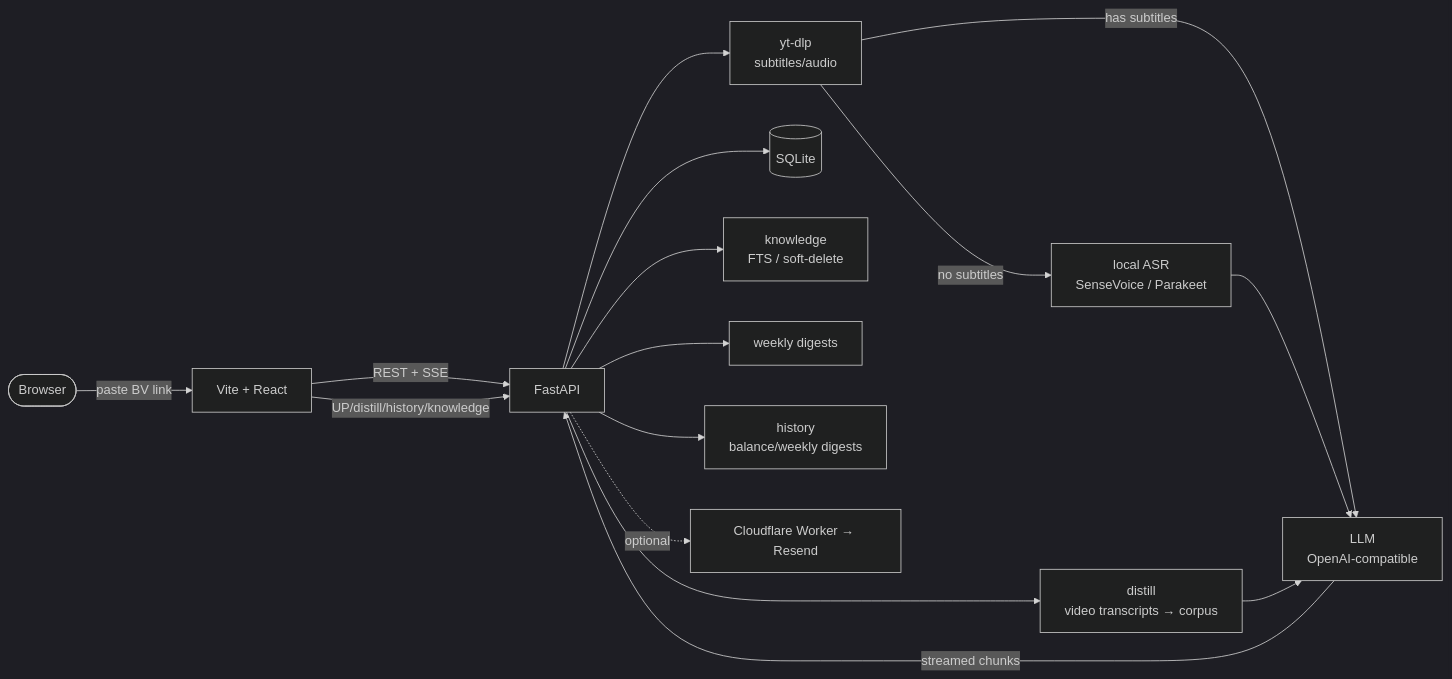
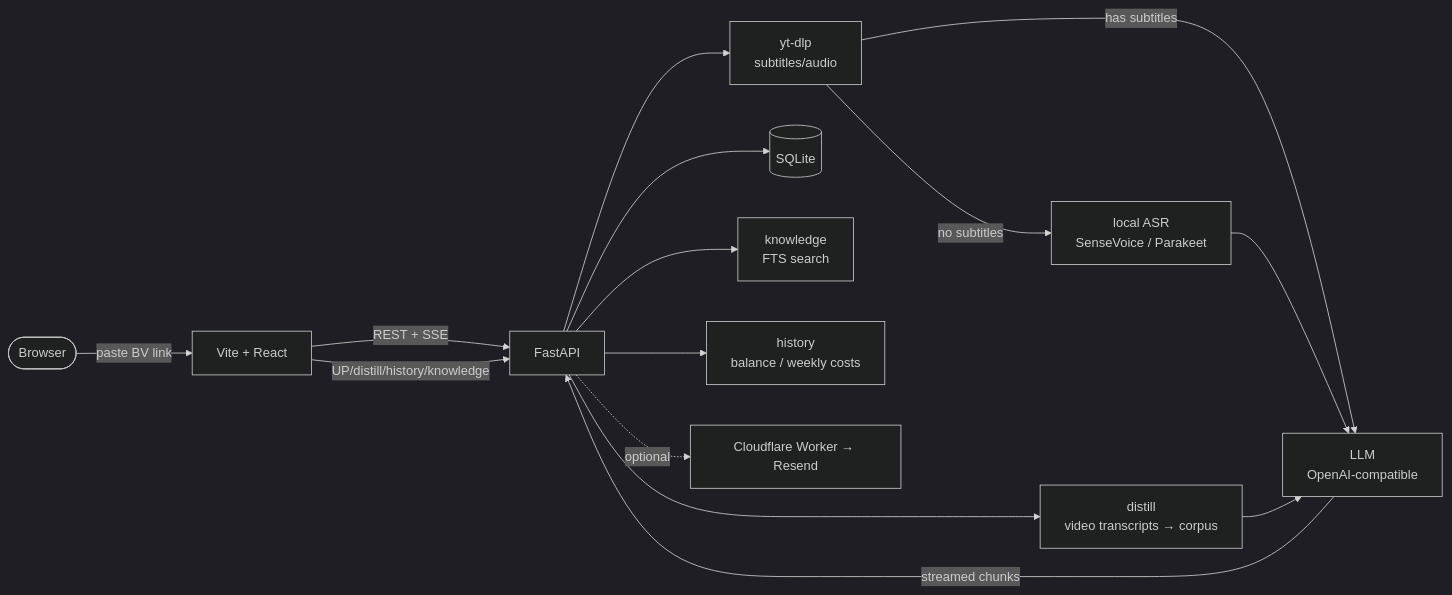
Before and after one commit to BazingaOrg/biri-youyaku: the diagram in README.en.md, drawn with Mermaid (dark theme). The commit also changed other lines of this file and 17 other files, not shown here.

````diff
--- a/README.en.md
+++ b/README.en.md
@@ -126,18 +126,17 @@
 ```mermaid
 flowchart LR
     user([Browser]) -->|paste BV link| web[Vite + React]
     web -->|REST + SSE| api[FastAPI]
     web -->|UP/distill/history/knowledge| api
     api --> ytdlp[yt-dlp<br/>subtitles/audio]
     ytdlp -->|has subtitles| llm
     ytdlp -->|no subtitles| asr[local ASR<br/>SenseVoice / Parakeet]
     asr --> llm[LLM<br/>OpenAI-compatible]
     api --> distill[distill<br/>video transcripts → corpus]
     distill --> llm
     llm -->|streamed chunks| api
     api --> db[(SQLite)]
-    api --> knowledge[knowledge<br/>FTS / soft-delete]
-    api --> weekly[weekly digests]
-    api --> stats[history<br/>balance/weekly digests]
+    api --> knowledge[knowledge<br/>FTS search]
+    api --> stats[history<br/>balance / weekly costs]
     api -. optional .-> mail[Cloudflare Worker → Resend]
 ```
````
